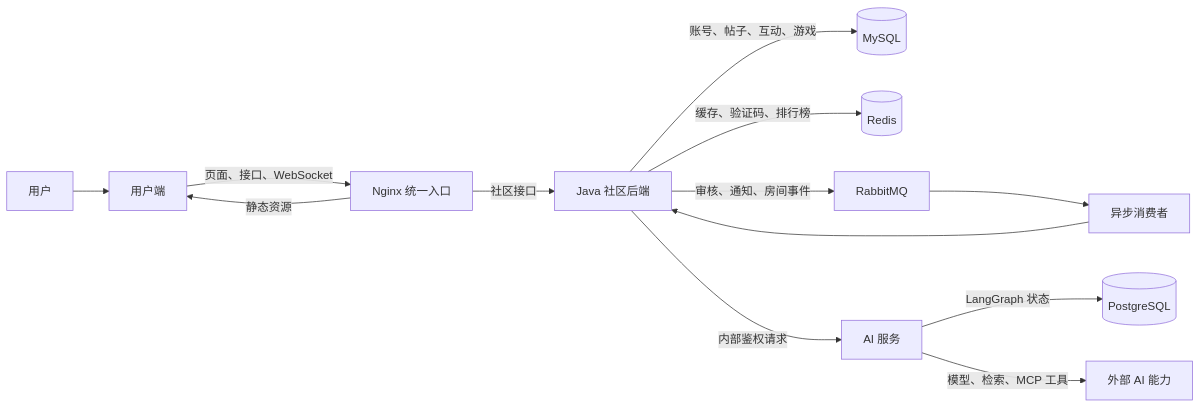
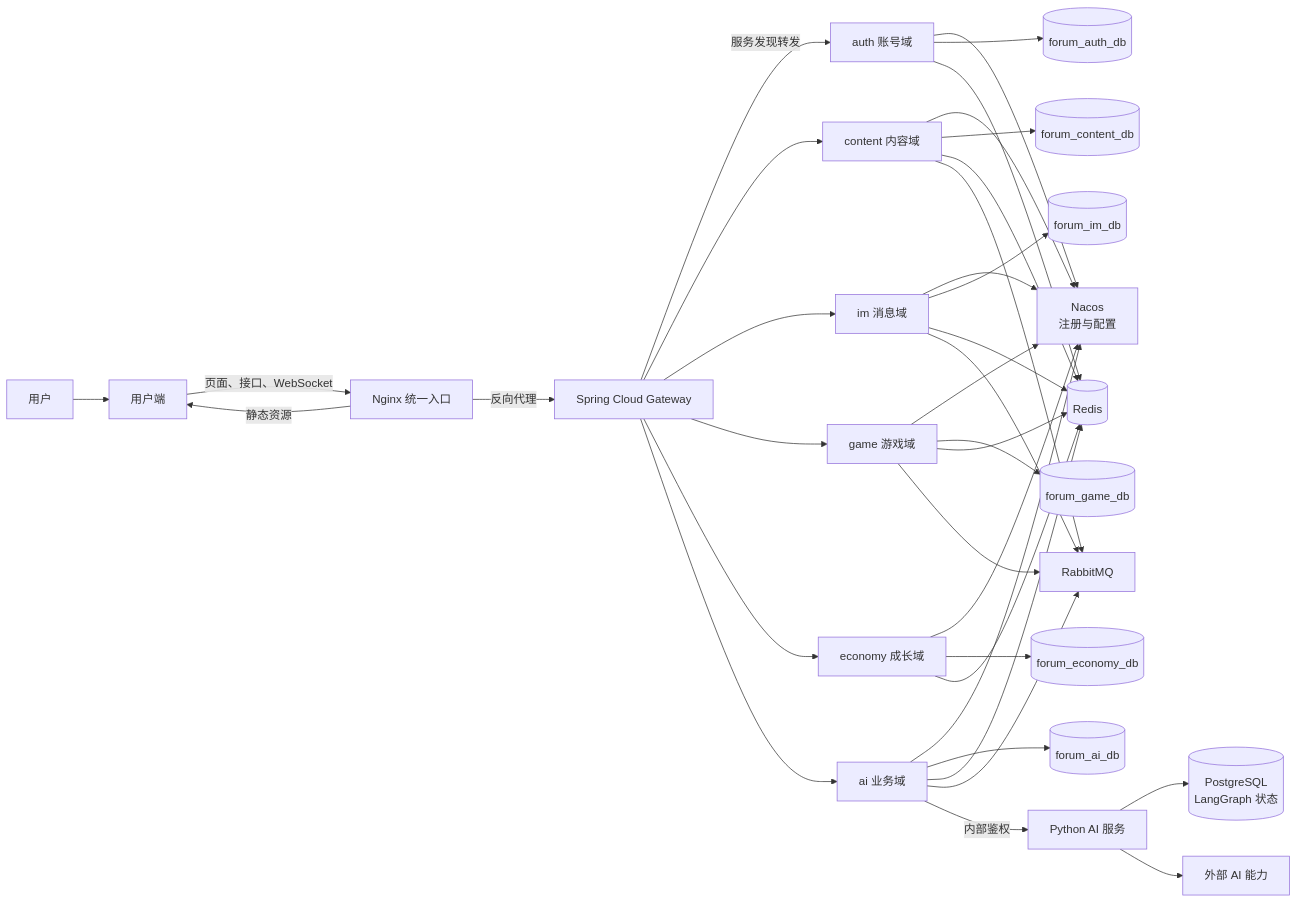
One commit to pluchon/mengmeng_forum changed the first of 20 diagrams in README.md. Above: the diagram before and after it, drawn with Mermaid. The commit also changed other lines of this file and 1 other file, not shown here.

````diff
--- a/README.md
+++ b/README.md
@@ -43,15 +43,25 @@
 ```mermaid
 flowchart LR
   U["用户"] --> V["用户端"]
   V -->|页面、接口、WebSocket| N["Nginx 统一入口"]
-  N -->|社区接口| J["Java 社区后端"]
+  N -->|反向代理| GW["Spring Cloud Gateway"]
   N -->|静态资源| V
-  J -->|账号、帖子、互动、游戏| M[("MySQL")]
-  J -->|缓存、验证码、排行榜| R[("Redis")]
-  J -->|审核、通知、房间事件| Q["RabbitMQ"]
-  J -->|内部鉴权请求| G["AI 服务"]
-  G -->|LangGraph 状态| P[("PostgreSQL")]
-  G -->|模型、检索、MCP 工具| X["外部 AI 能力"]
-  Q --> W["异步消费者"]
-  W --> J
+  GW -->|服务发现转发| AUTH["auth 账号域"]
+  GW --> CONTENT["content 内容域"]
+  GW --> IM["im 消息域"]
+  GW --> GAME["game 游戏域"]
+  GW --> ECO["economy 成长域"]
+  GW --> AIJAVA["ai 业务域"]
+  AUTH & CONTENT & IM & GAME & ECO & AIJAVA --> NACOS["Nacos<br/>注册与配置"]
+  AUTH --> M1[("forum_auth_db")]
+  CONTENT --> M2[("forum_content_db")]
+  IM --> M3[("forum_im_db")]
+  GAME --> M4[("forum_game_db")]
+  ECO --> M5[("forum_economy_db")]
+  AIJAVA --> M6[("forum_ai_db")]
+  AUTH & CONTENT & IM & GAME & ECO & AIJAVA --> R[("Redis")]
+  CONTENT & IM & GAME & AIJAVA --> Q["RabbitMQ"]
+  AIJAVA -->|内部鉴权| PY["Python AI 服务"]
+  PY --> PG[("PostgreSQL<br/>LangGraph 状态")]
+  PY --> X["外部 AI 能力"]
 ```
````
